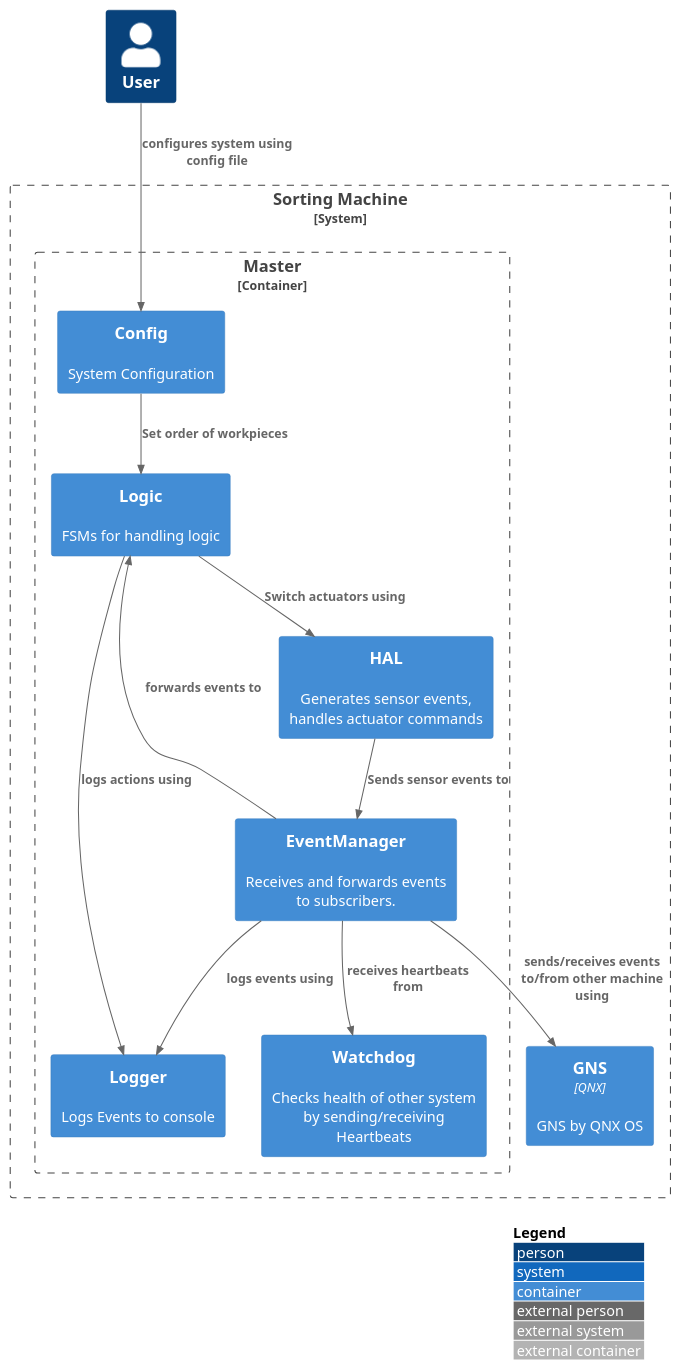
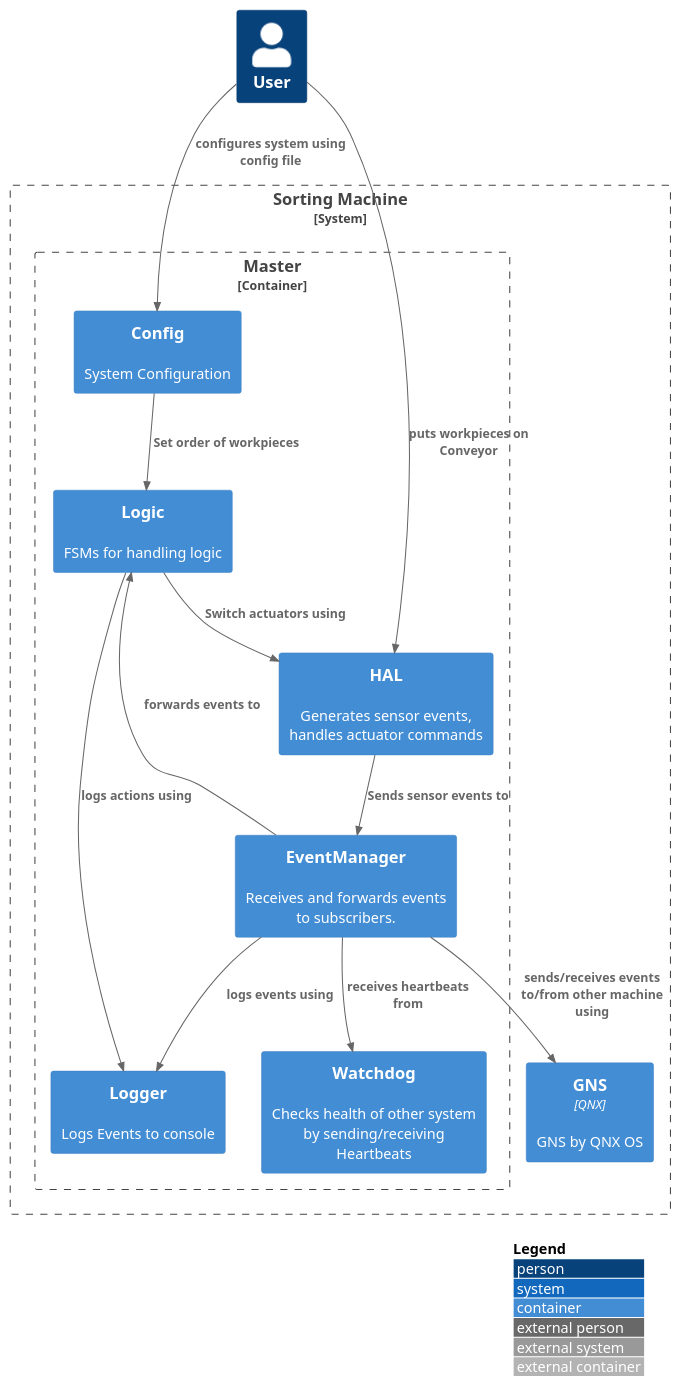
Before and after one commit to u2knwy/ESEP-2023SoSe-Team-2-1: the diagram in docs/diagrams/container.puml, drawn with PlantUML. The commit also changed 4 other files, not shown here.

Commit message:
Add sw-arch diagram, update docs/README.md

```diff
--- a/docs/diagrams/container.puml
+++ b/docs/diagrams/container.puml
@@ -1,31 +1,31 @@
 @startuml
 !include https://raw.githubusercontent.com/plantuml-stdlib/C4-PlantUML/master/C4_Container.puml
 
 LAYOUT_WITH_LEGEND()
 
 Person(user, "User")
 
 System_Boundary(system, "Sorting Machine"){
   Container_Boundary(master, "Master"){
     Container(config, "Config", $descr="System Configuration")
     Container(logic, "Logic", $descr="FSMs for handling logic")
     Container(disp, "EventManager", $descr="Receives and forwards events to subscribers.")
     Container(wd, "Watchdog", $descr="Checks health of other system by sending/receiving Heartbeats")
     Container(hal, "HAL", $descr="Generates sensor events, handles actuator commands")
     Container(logger, "Logger", $descr="Logs Events to console")
     Rel(config, logic, "Set order of workpieces")
     Rel(logic, logger, "logs actions using")
     Rel(disp, logger, "logs events using")
     Rel(disp, logic, "forwards events to")
     Rel(hal, disp, "Sends sensor events to")
     Rel(logic, hal, "Switch actuators using")
   }
   Container(gns, "GNS", "QNX", "GNS by QNX OS")
   Rel(disp, wd, "receives heartbeats from")
   Rel(disp, gns, "sends/receives events to/from other machine using")
 }
 
 Rel(user, config, "configures system using config file")
-
+Rel(user, hal, "puts workpieces on Conveyor")
 
 @enduml
```
